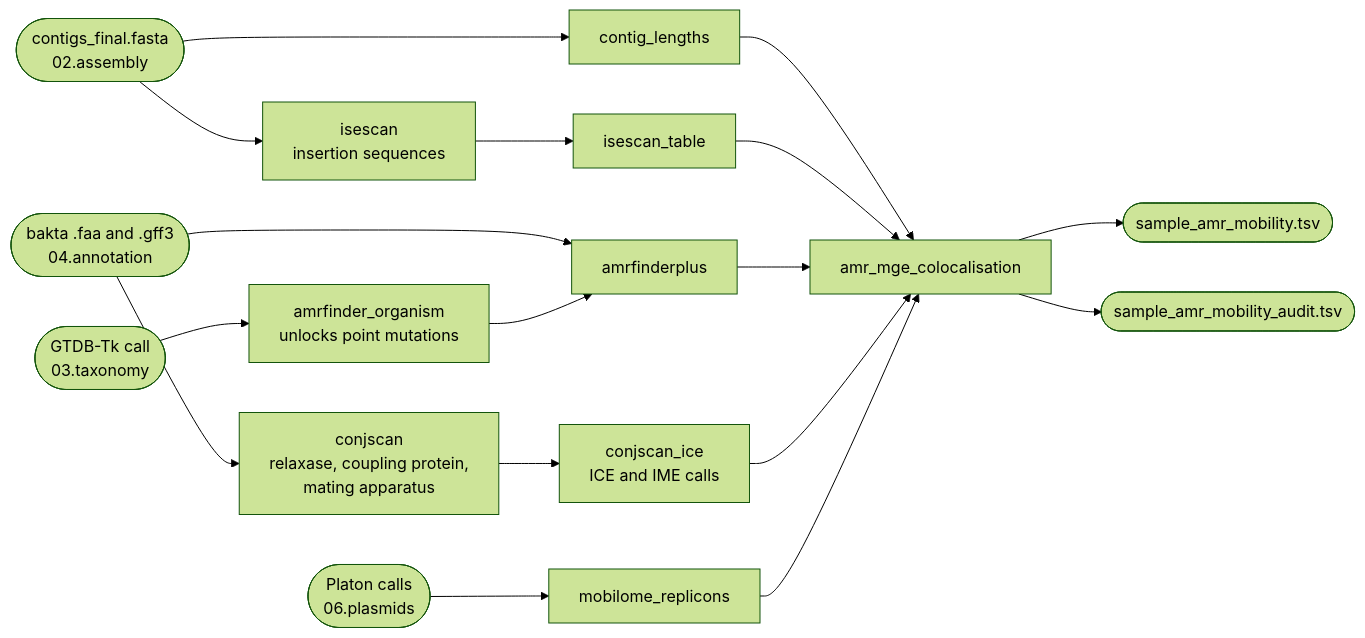
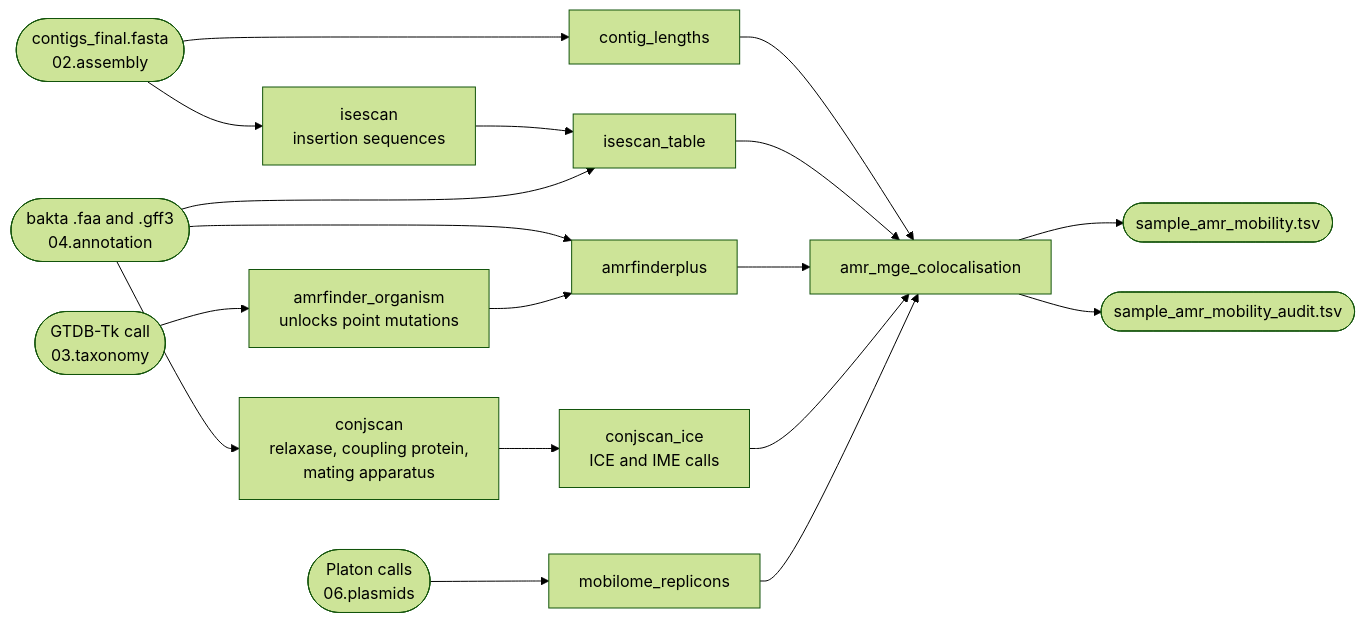
The diagram in docs/mobilome/index.md (iLivius/BacFlux), drawn with Mermaid (forest theme) before and after one commit. The commit also changed other lines of this file and 21 other files, not shown here.

````diff
--- a/docs/mobilome/index.md
+++ b/docs/mobilome/index.md
@@ -66,33 +66,34 @@
 ```mermaid
 flowchart LR
     C([contigs_final.fasta<br/>02.assembly])
     FAA([bakta .faa and .gff3<br/>04.annotation])
     TAX([GTDB-Tk call<br/>03.taxonomy])
     PLA([Platon calls<br/>06.plasmids])
 
     CL[contig_lengths]
     IS[isescan<br/>insertion sequences]
     IST[isescan_table]
     AFP[amrfinderplus]
     ORG[amrfinder_organism<br/>unlocks point mutations]
     CJ[conjscan<br/>relaxase, coupling protein,<br/>mating apparatus]
     CJI[conjscan_ice<br/>ICE and IME calls]
     REP[mobilome_replicons]
 
     C --> CL
     C --> IS --> IST
+    FAA --> IST
     FAA --> AFP
     FAA --> CJ --> CJI
     TAX --> ORG --> AFP
     PLA --> REP
 
     CO[amr_mge_colocalisation]
     CL --> CO
     IST --> CO
     AFP --> CO
     CJI --> CO
     REP --> CO
 
     CO --> O1([sample_amr_mobility.tsv])
     CO --> O2([sample_amr_mobility_audit.tsv])
 ```
````
